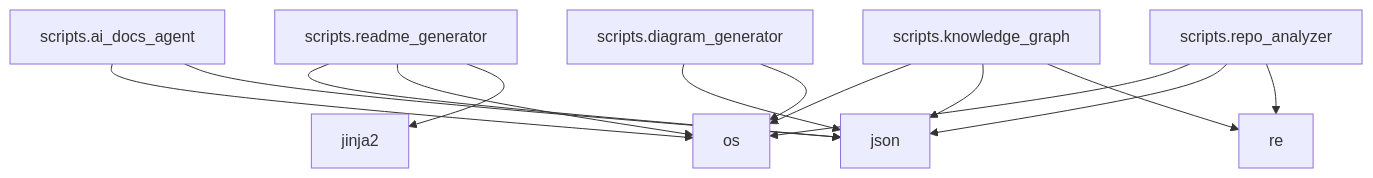
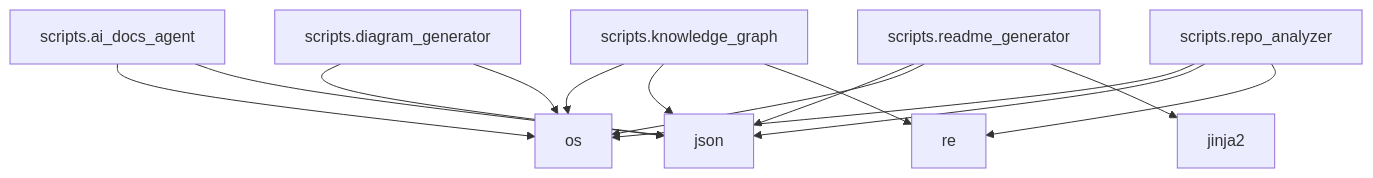
Before and after one commit to NITISH-R-G/FACE-EMOTION-DETECTION: the diagram in README.md, drawn with Mermaid. The commit also changed other lines of this file and 3 other files, not shown here.

Commit message:
docs: auto-update repository documentation and diagrams [skip ci]

````diff
--- a/README.md
+++ b/README.md
@@ -45,30 +45,30 @@
 ```mermaid
 graph TD;
     scripts_ai_docs_agent["scripts.ai_docs_agent"];
     click scripts_ai_docs_agent "scripts/ai_docs_agent.py" "View source";
     os["os"];
     json["json"];
+    scripts_knowledge_graph["scripts.knowledge_graph"];
+    click scripts_knowledge_graph "scripts/knowledge_graph.py" "View source";
+    re["re"];
     scripts_readme_generator["scripts.readme_generator"];
     click scripts_readme_generator "scripts/readme_generator.py" "View source";
     jinja2["jinja2"];
-    scripts_knowledge_graph["scripts.knowledge_graph"];
-    click scripts_knowledge_graph "scripts/knowledge_graph.py" "View source";
-    re["re"];
+    scripts_diagram_generator["scripts.diagram_generator"];
+    click scripts_diagram_generator "scripts/diagram_generator.py" "View source";
     scripts_repo_analyzer["scripts.repo_analyzer"];
     click scripts_repo_analyzer "scripts/repo_analyzer.py" "View source";
-    scripts_diagram_generator["scripts.diagram_generator"];
-    click scripts_diagram_generator "scripts/diagram_generator.py" "View source";
     scripts_ai_docs_agent --> os;
     scripts_ai_docs_agent --> json;
+    scripts_knowledge_graph --> os;
+    scripts_knowledge_graph --> json;
+    scripts_knowledge_graph --> re;
     scripts_readme_generator --> json;
     scripts_readme_generator --> os;
     scripts_readme_generator --> jinja2;
-    scripts_knowledge_graph --> os;
-    scripts_knowledge_graph --> json;
-    scripts_knowledge_graph --> re;
+    scripts_diagram_generator --> json;
+    scripts_diagram_generator --> os;
     scripts_repo_analyzer --> os;
     scripts_repo_analyzer --> json;
     scripts_repo_analyzer --> re;
-    scripts_diagram_generator --> json;
-    scripts_diagram_generator --> os;
 ```
````
